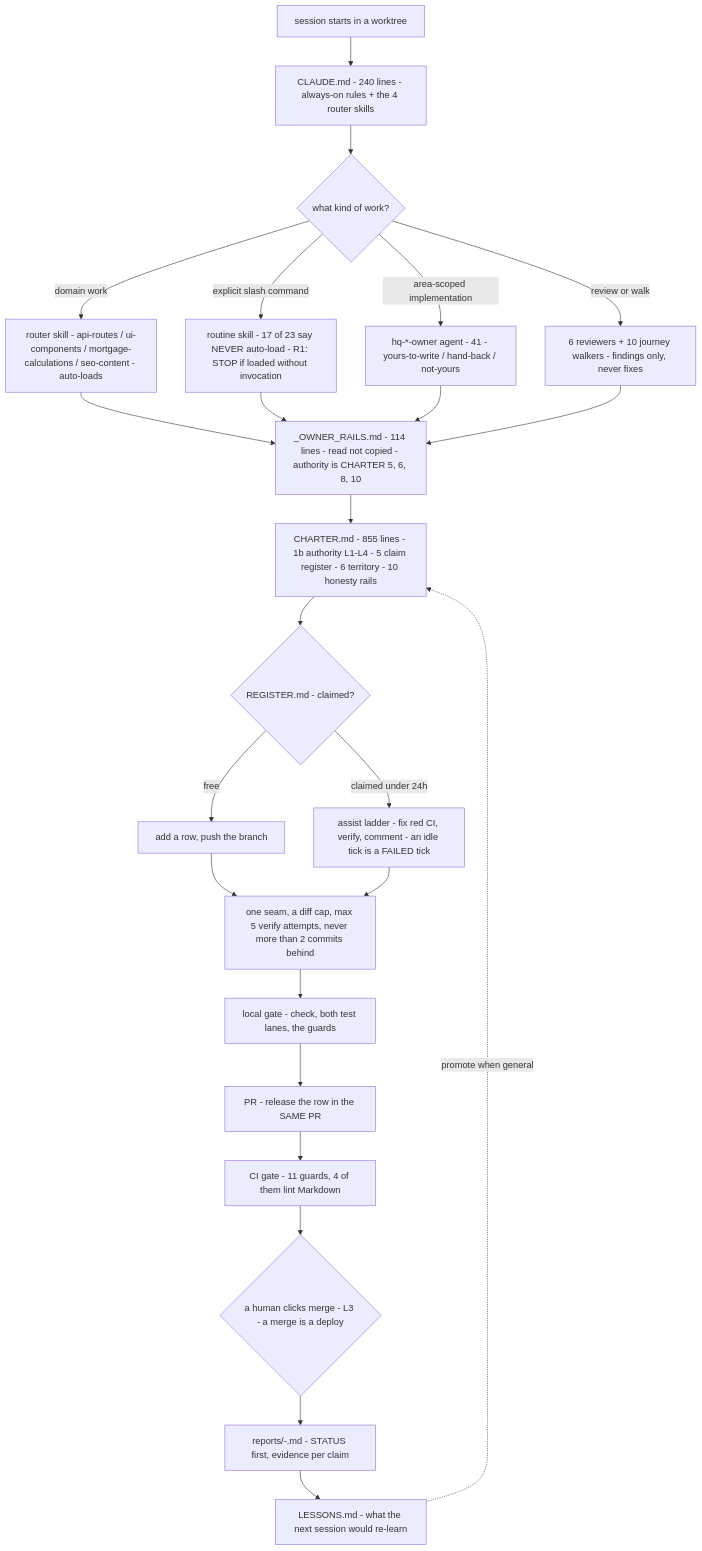
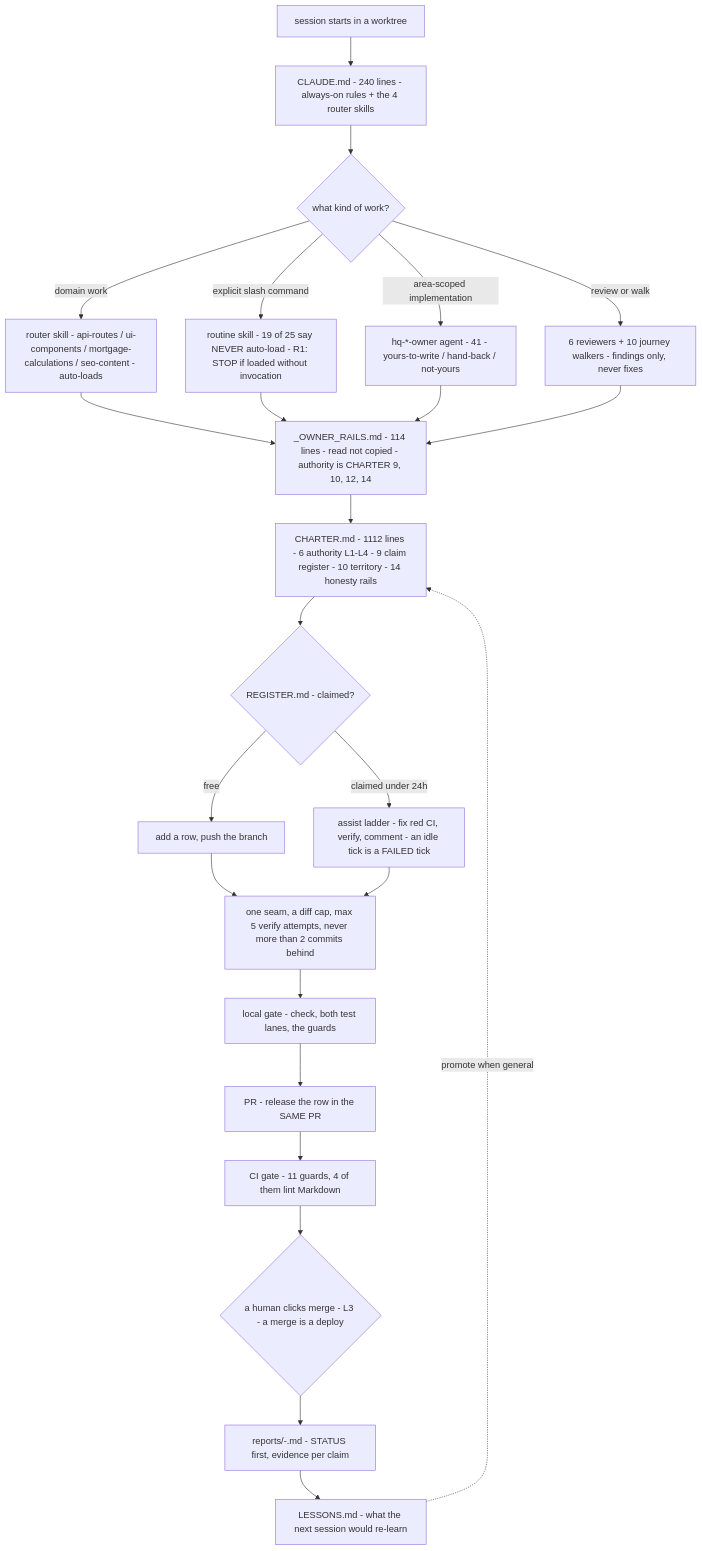
One commit to barakatammre84/Homiquity changed the diagram in knowledge-base/handoff/09-prompting-and-automation.md. Above: the diagram before and after it, drawn with Mermaid. The commit also changed other lines of this file and 16 other files, not shown here.

````diff
--- a/knowledge-base/handoff/09-prompting-and-automation.md
+++ b/knowledge-base/handoff/09-prompting-and-automation.md
@@ -35,26 +35,26 @@
 ```mermaid
 flowchart TD
   S["session starts in a worktree"] --> CM["CLAUDE.md - 240 lines - always-on rules + the 4 router skills"]
   CM --> PICK{"what kind of work?"}
   PICK -- "domain work" --> ROUTER["router skill - api-routes / ui-components / mortgage-calculations / seo-content - auto-loads"]
-  PICK -- "explicit slash command" --> ROUTINE["routine skill - 17 of 23 say NEVER auto-load - R1: STOP if loaded without invocation"]
+  PICK -- "explicit slash command" --> ROUTINE["routine skill - 19 of 25 say NEVER auto-load - R1: STOP if loaded without invocation"]
   PICK -- "area-scoped implementation" --> OWNER["hq-*-owner agent - 41 - yours-to-write / hand-back / not-yours"]
   PICK -- "review or walk" --> REVIEW["6 reviewers + 10 journey walkers - findings only, never fixes"]
   ROUTER --> RAILS
   ROUTINE --> RAILS
   OWNER --> RAILS
   REVIEW --> RAILS
-  RAILS["_OWNER_RAILS.md - 114 lines - read not copied - authority is CHARTER 5, 6, 8, 10"] --> CHARTER["CHARTER.md - 855 lines - 1b authority L1-L4 - 5 claim register - 6 territory - 10 honesty rails"]
+  RAILS["_OWNER_RAILS.md - 114 lines - read not copied - authority is CHARTER 9, 10, 12, 14"] --> CHARTER["CHARTER.md - 1112 lines - 6 authority L1-L4 - 9 claim register - 10 territory - 14 honesty rails"]
   CHARTER --> REG{"REGISTER.md - claimed?"}
   REG -- "claimed under 24h" --> ASSIST["assist ladder - fix red CI, verify, comment - an idle tick is a FAILED tick"]
   REG -- free --> CLAIM["add a row, push the branch"]
   CLAIM --> WORK["one seam, a diff cap, max 5 verify attempts, never more than 2 commits behind"]
   ASSIST --> WORK
   WORK --> GUARDS["local gate - check, both test lanes, the guards"]
   GUARDS --> PR["PR - release the row in the SAME PR"]
   PR --> CI["CI gate - 11 guards, 4 of them lint Markdown"]
   CI --> HUMAN{"a human clicks merge - L3 - a merge is a deploy"}
   HUMAN --> REPORT["reports/<date>-<routine>.md - STATUS first, evidence per claim"]
   REPORT --> LESSONS["LESSONS.md - what the next session would re-learn"]
   LESSONS -. promote when general .-> CHARTER
 ```
````
